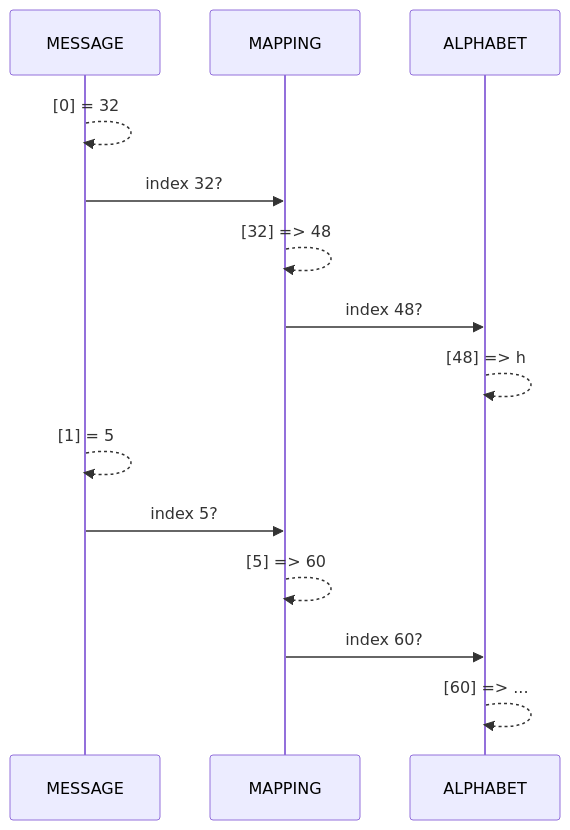
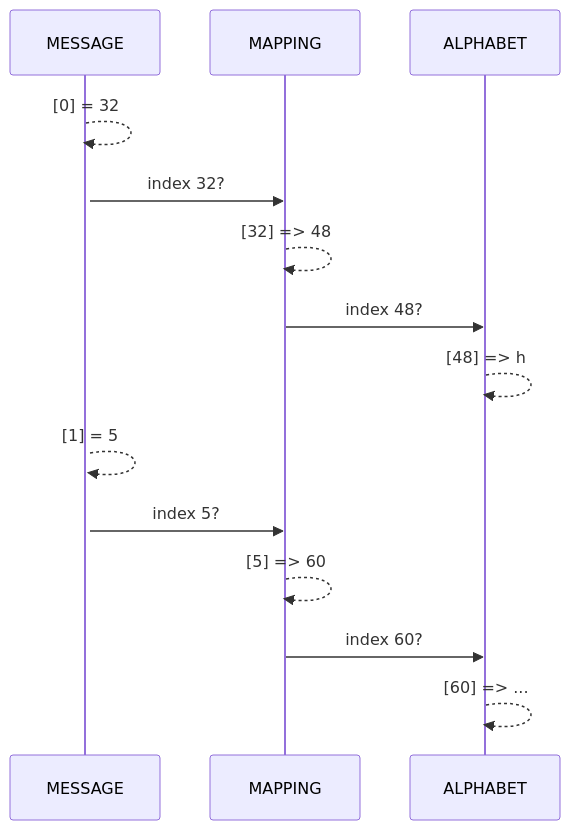
The second of 2 diagrams in docs/EF-Python/03-Python/01-Listen-1D.md (lebalz/ofi-blog), drawn with Mermaid before and after one commit. The commit also changed other lines of this file, not shown here.

````diff
--- a/docs/EF-Python/03-Python/01-Listen-1D.md
+++ b/docs/EF-Python/03-Python/01-Listen-1D.md
@@ -108,13 +107,13 @@
 ```mermaid
 sequenceDiagram
-    MESSAGE-->>MESSAGE: [0] = 32
+    MESSAGE-->>+MESSAGE: [0] = 32
     MESSAGE->>MAPPING: index 32?
     MAPPING-->>MAPPING: [32] => 48
     MAPPING->>ALPHABET: index 48?
     ALPHABET-->>ALPHABET: [48] => h
     MESSAGE-->>MESSAGE: [1] = 5
     MESSAGE->>MAPPING: index 5?
     MAPPING-->>MAPPING: [5] => 60
     MAPPING->>ALPHABET: index 60?
     ALPHABET-->>ALPHABET: [60] => ...
 ```
````
